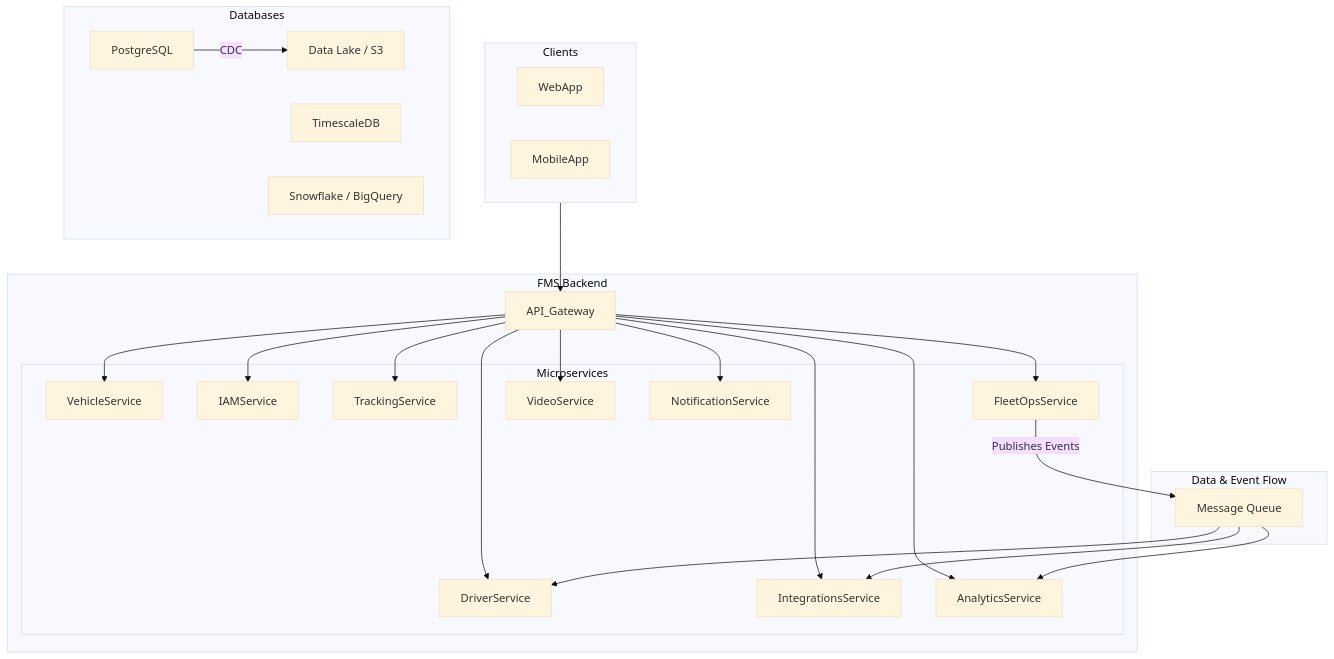
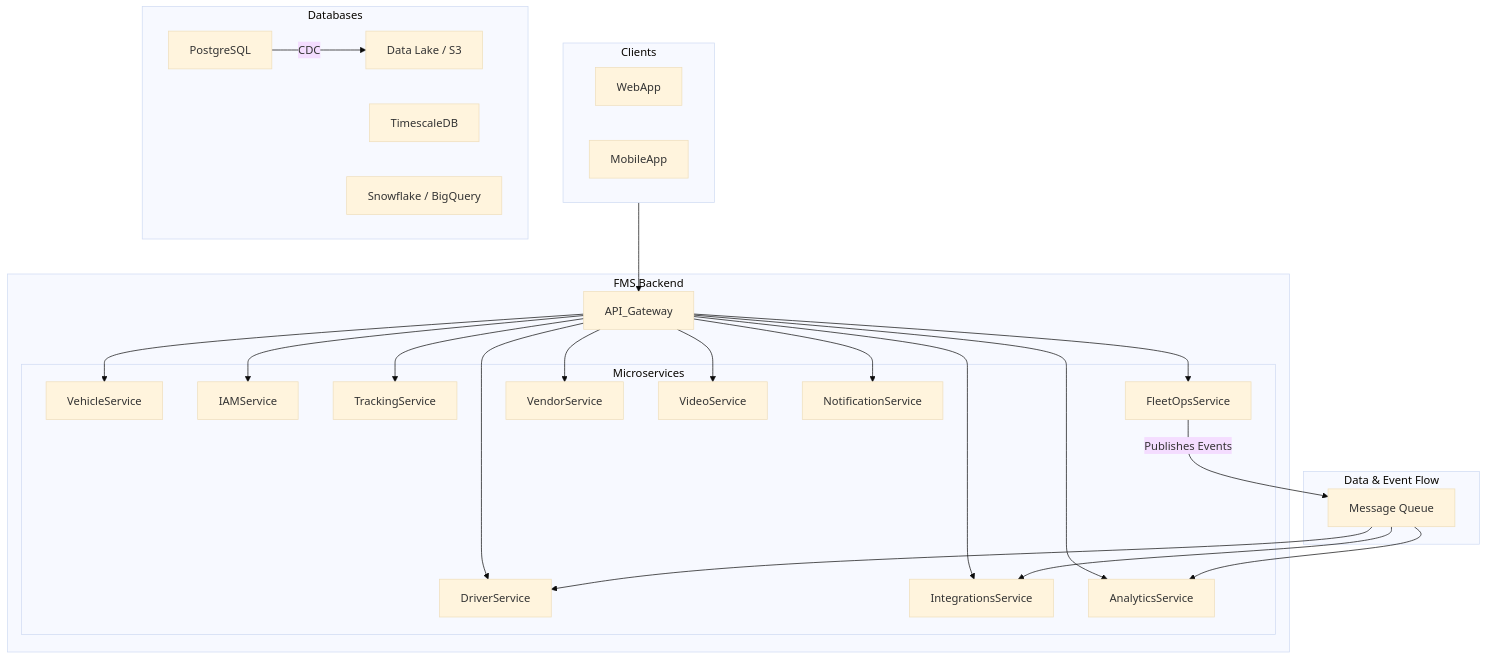
The diagram in README.md (kamalsoft/fleetapp), drawn with Mermaid (base theme) before and after one commit. The commit also changed 6 other files, not shown here.

Commit message:
Enhance documentation to include Vendor Service details, database schema updates, and user manual instructions for managing vendors and invoices

````diff
--- a/README.md
+++ b/README.md
@@ -23,48 +23,50 @@
 ```mermaid
 graph TD
     subgraph Clients
         WebApp
         MobileApp
     end
 
     subgraph FMS Backend
         API_Gateway
         subgraph Microservices
             VehicleService
             IAMService
             DriverService
             TrackingService
             FleetOpsService
             IntegrationsService
             AnalyticsService
+            VendorService
             VideoService
             NotificationService
         end
     end
 
     subgraph Databases
         PostgreSQL
         TimescaleDB
         DataLake[Data Lake / S3]
         DataWarehouse[Snowflake / BigQuery]
     end
 
     Clients --> API_Gateway
     API_Gateway --> VehicleService
     API_Gateway --> DriverService
     API_Gateway --> IAMService
     API_Gateway --> TrackingService
     API_Gateway --> FleetOpsService
     API_Gateway --> IntegrationsService
     API_Gateway --> AnalyticsService
+    API_Gateway --> VendorService
     API_Gateway --> VideoService
     API_Gateway --> NotificationService
 
     subgraph Data & Event Flow
         FleetOpsService -- Publishes Events --> MessageQueue[Message Queue]
         MessageQueue --> DriverService
         MessageQueue --> AnalyticsService
         MessageQueue --> IntegrationsService
         PostgreSQL -- CDC --> DataLake
     end
 ```
````
